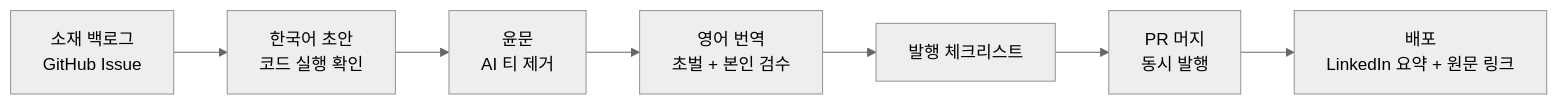
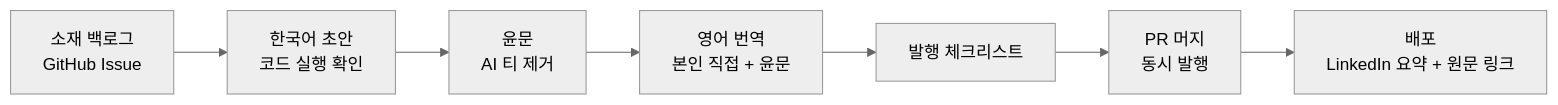
One commit to juunghyun/juunghyun.github.io changed the first of 2 diagrams in docs/PRD.md. Above: the diagram before and after it, drawn with Mermaid (neutral theme). The commit also changed other lines of this file and 4 other files, not shown here.

````diff
--- a/docs/PRD.md
+++ b/docs/PRD.md
@@ -86,9 +86,9 @@
 ```mermaid
 flowchart LR
   A[소재 백로그<br/>GitHub Issue] --> B[한국어 초안<br/>코드 실행 확인]
   B --> C[윤문<br/>AI 티 제거]
-  C --> D[영어 번역<br/>초벌 + 본인 검수]
+  C --> D[영어 번역<br/>본인 직접 + 윤문]
   D --> E[발행 체크리스트]
   E --> F[PR 머지<br/>동시 발행]
   F --> G[배포<br/>LinkedIn 요약 + 원문 링크]
 ```
````
